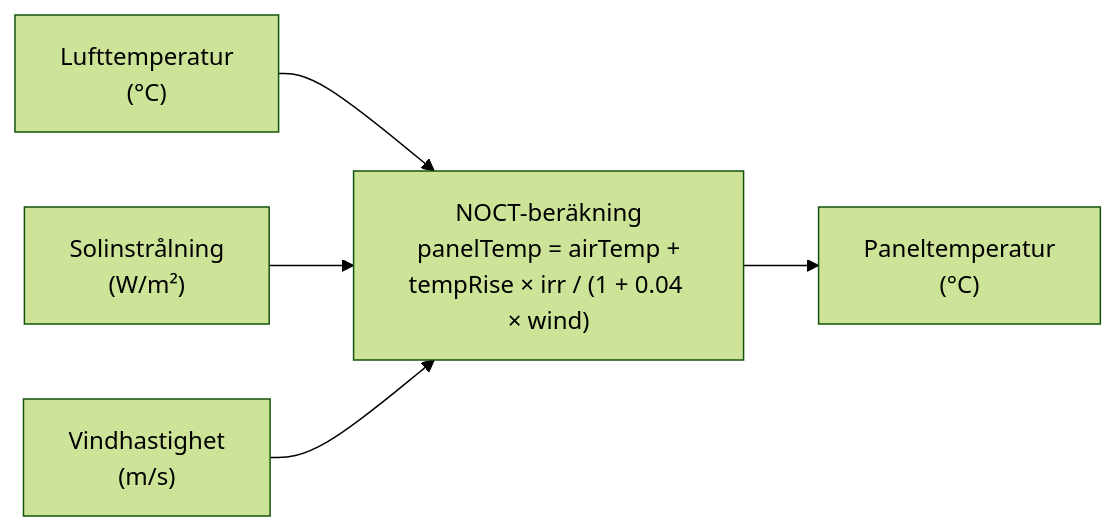
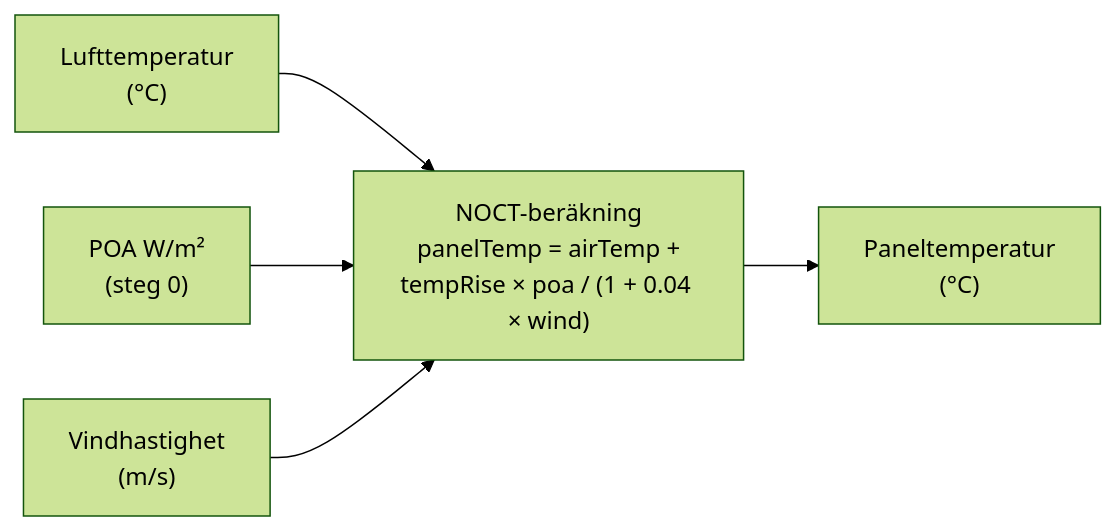
Diagram 19 of 22 in docs/ARCHITECTURE.md (allejako/GridGuard), drawn with Mermaid (forest theme) before and after one commit. The commit also changed other lines of this file and 5 other files, not shown here.

````diff
--- a/docs/ARCHITECTURE.md
+++ b/docs/ARCHITECTURE.md
@@ -903,13 +927,13 @@
 ```mermaid
 flowchart LR
     AIR["Lufttemperatur\n(°C)"]
-    IRR["Solinstrålning\n(W/m²)"]
+    IRR["POA W/m²\n(steg 0)"]
     WIND["Vindhastighet\n(m/s)"]
-    NOCT["NOCT-beräkning\npanelTemp = airTemp +\ntempRise × irr / (1 + 0.04 × wind)"]
+    NOCT["NOCT-beräkning\npanelTemp = airTemp +\ntempRise × poa / (1 + 0.04 × wind)"]
     PT["Paneltemperatur\n(°C)"]
 
     AIR --> NOCT
     IRR --> NOCT
     WIND --> NOCT
     NOCT --> PT
 ```
````
